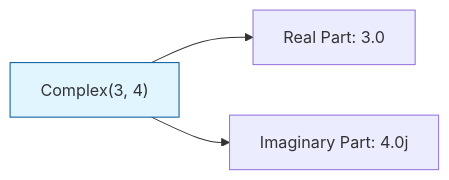
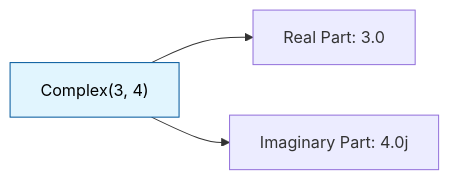
One commit to AyushSingh360/my-python-notebook changed the first of 4 diagrams in 02_Data_Types_and_Operators/README.md. Above: the diagram before and after it, drawn with Mermaid. The commit also changed other lines of this file and 2 other files, not shown here.

````diff
--- a/02_Data_Types_and_Operators/README.md
+++ b/02_Data_Types_and_Operators/README.md
@@ -36,6 +36,6 @@
 ```mermaid
 graph LR
     C["Complex(3, 4)"] --> R["Real Part: 3.0"]
     C --> I["Imaginary Part: 4.0j"]
-    style C fill:#e1f5fe,stroke:#01579b
+    style C fill:#e1f5fe,stroke:#01579b,color:#000
 ```
````
